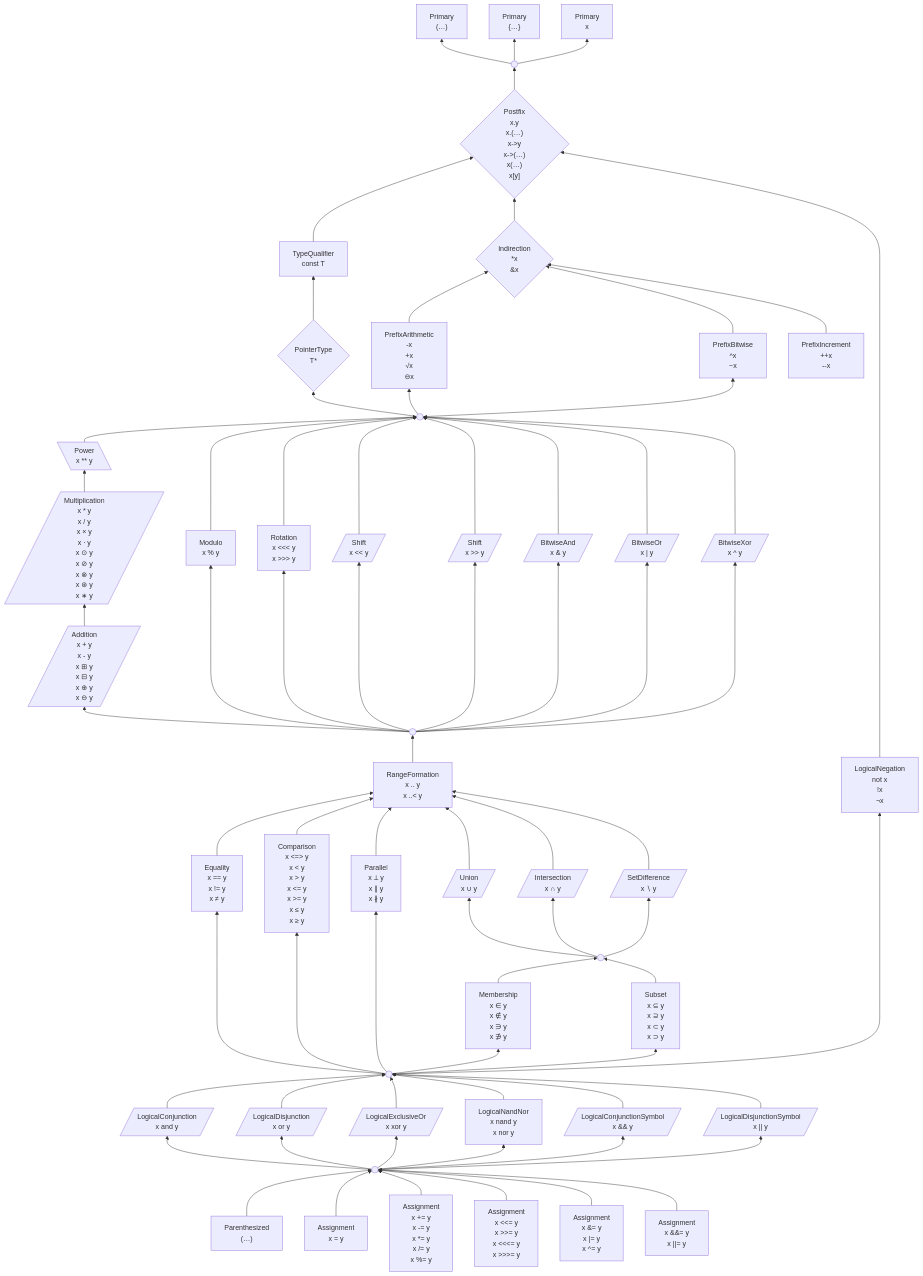
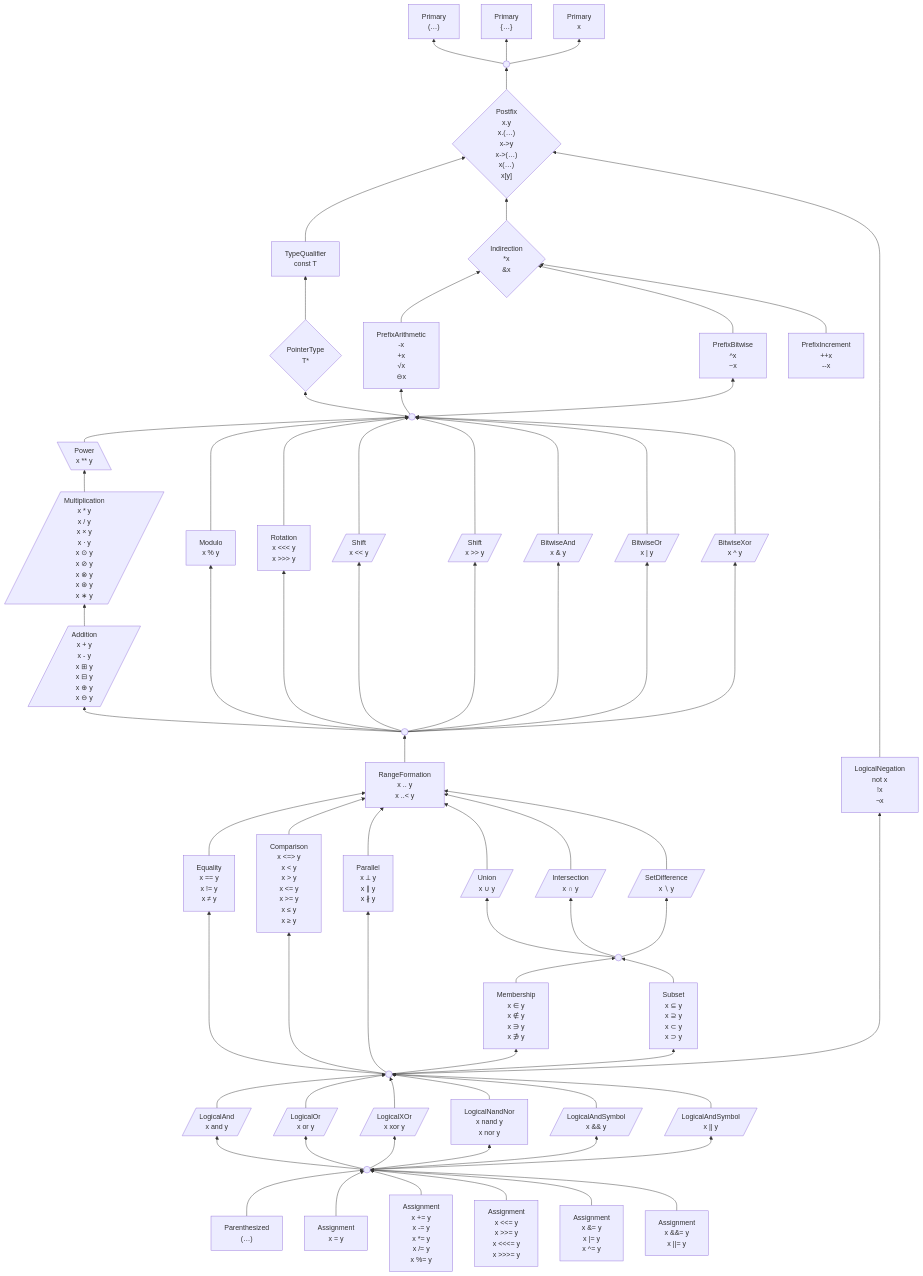
One commit to laro/Cilia changed the first of 2 diagrams in 6 .../2 Unfinished Ideas.md. Above: the diagram before and after it, drawn with Mermaid.

Commit message:
Update 2 Unfinished Ideas.md

```diff
--- a/6 .../2 Unfinished Ideas.md
+++ b/6 .../2 Unfinished Ideas.md
@@ -351,18 +351,18 @@
 %%x as T"]
 
     and & or & xor & nandNor & andSymbol & orSymbol --> logicalOperand
-    and[/"LogicalConjunction
+    and[/"LogicalAnd
 x and y"/]
-    or[/"LogicalDisjunction
+    or[/"LogicalOr
 x or y"/]
-    xor[/"LogicalExclusiveOr
+    xor[/"LogicalXOr
 x xor y"/]
     nandNor["LogicalNandNor
 x nand y
 x nor y"]
-    andSymbol[/"LogicalConjunctionSymbol
+    andSymbol[/"LogicalAndSymbol
 x && y"/]
-    orSymbol[/"LogicalDisjunctionSymbol
+    orSymbol[/"LogicalAndSymbol
 x || y"/]
 
 
```
